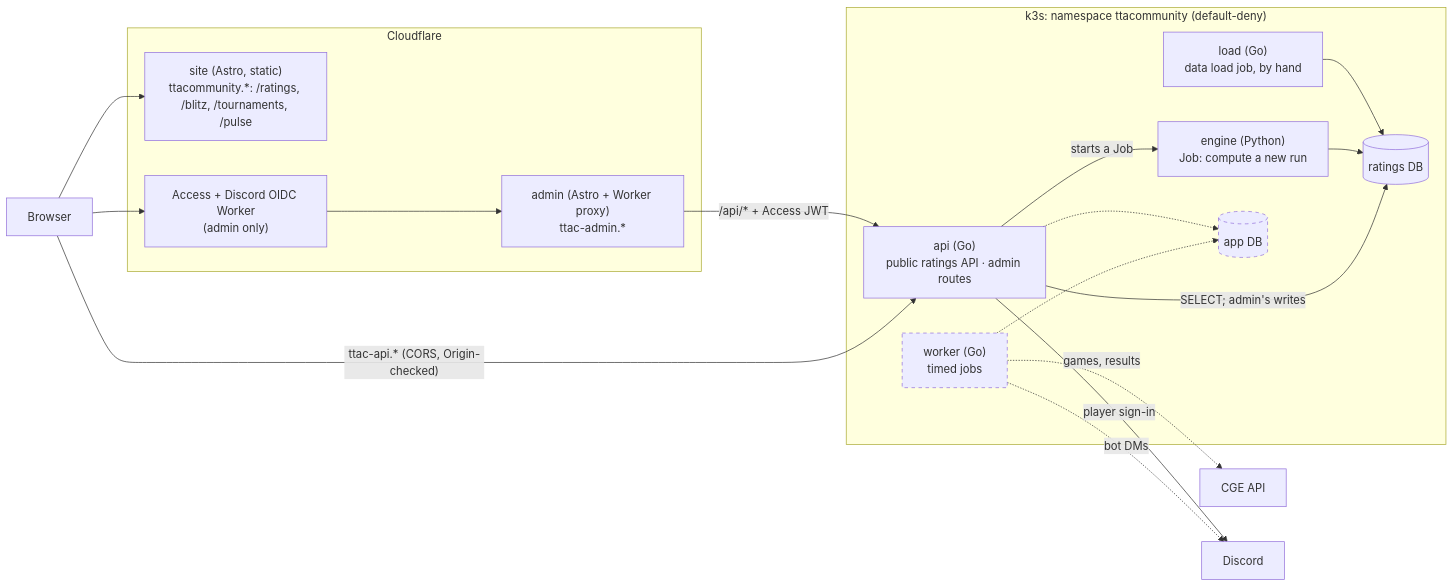
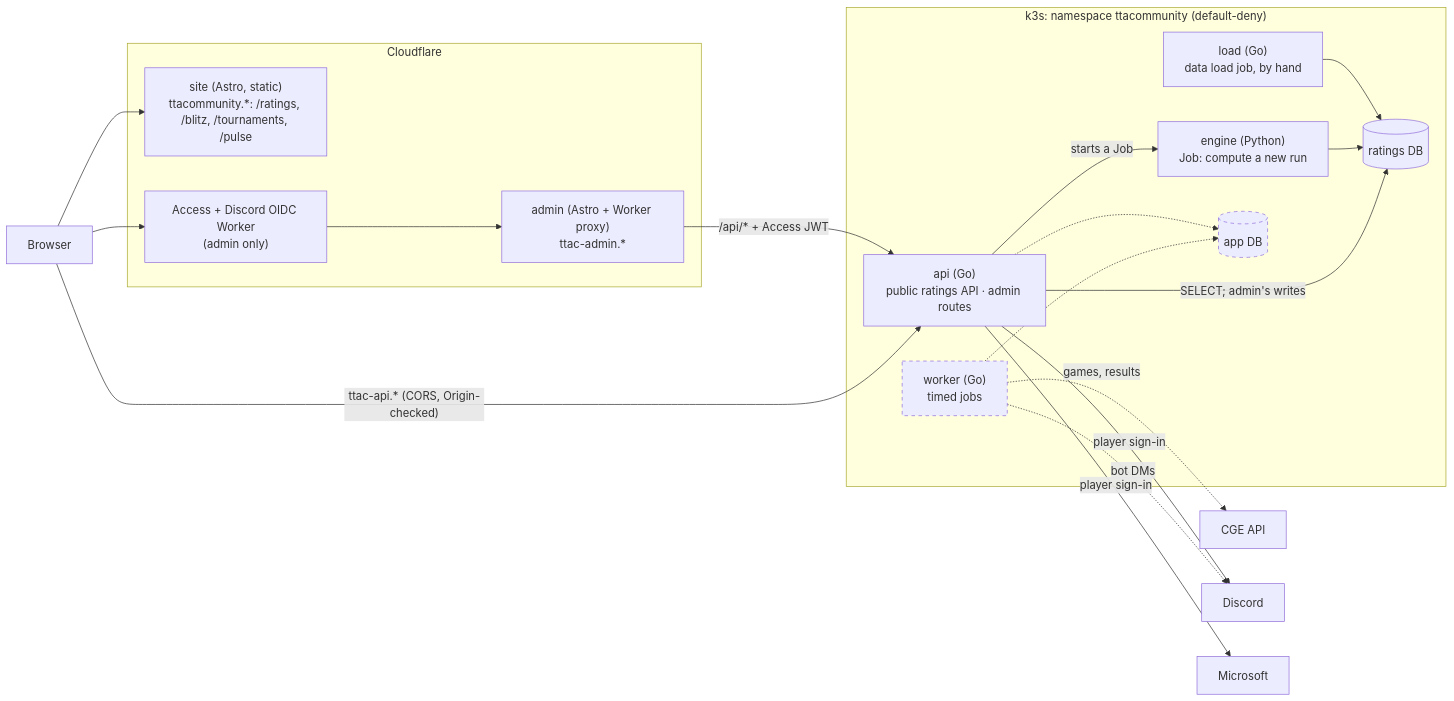
One commit to ttacommunity/ttacommunity changed the first of 2 diagrams in docs/architecture.md. Above: the diagram before and after it, drawn with Mermaid. The commit also changed other lines of this file and 19 other files, not shown here.

Commit message:
Add sign-in with Microsoft to the API

````diff
--- a/docs/architecture.md
+++ b/docs/architecture.md
@@ -13,31 +13,32 @@
 ```mermaid
 flowchart LR
     subgraph cf["Cloudflare"]
         site["site (Astro, static)<br/>ttacommunity.*: /ratings, /blitz, /tournaments, /pulse"]
         admin["admin (Astro + Worker proxy)<br/>ttac-admin.*"]
         access["Access + Discord OIDC Worker<br/>(admin only)"]
     end
     subgraph cluster["k3s: namespace ttacommunity (default-deny)"]
         api["api (Go)<br/>public ratings API · admin routes"]
         engine["engine (Python)<br/>Job: compute a new run"]
         load["load (Go)<br/>data load job, by hand"]
         rdb[("ratings DB")]
         worker["worker (Go)<br/>timed jobs"]
         adb[("app DB")]
     end
     browser["Browser"] --> site
     browser -->|"ttac-api.* (CORS, Origin-checked)"| api
     browser --> access --> admin
     admin -->|"/api/* + Access JWT"| api
     api -->|"SELECT; admin's writes"| rdb
     api -->|starts a Job| engine
     engine --> rdb
     load --> rdb
     worker -.-> adb
     worker -.->|games, results| cge["CGE API"]
     worker -.->|bot DMs| discord["Discord"]
     api -->|player sign-in| discord
+    api -->|player sign-in| microsoft["Microsoft"]
     api -.-> adb
     classDef planned stroke-dasharray: 5 5
     class worker,adb planned
 ```
````
